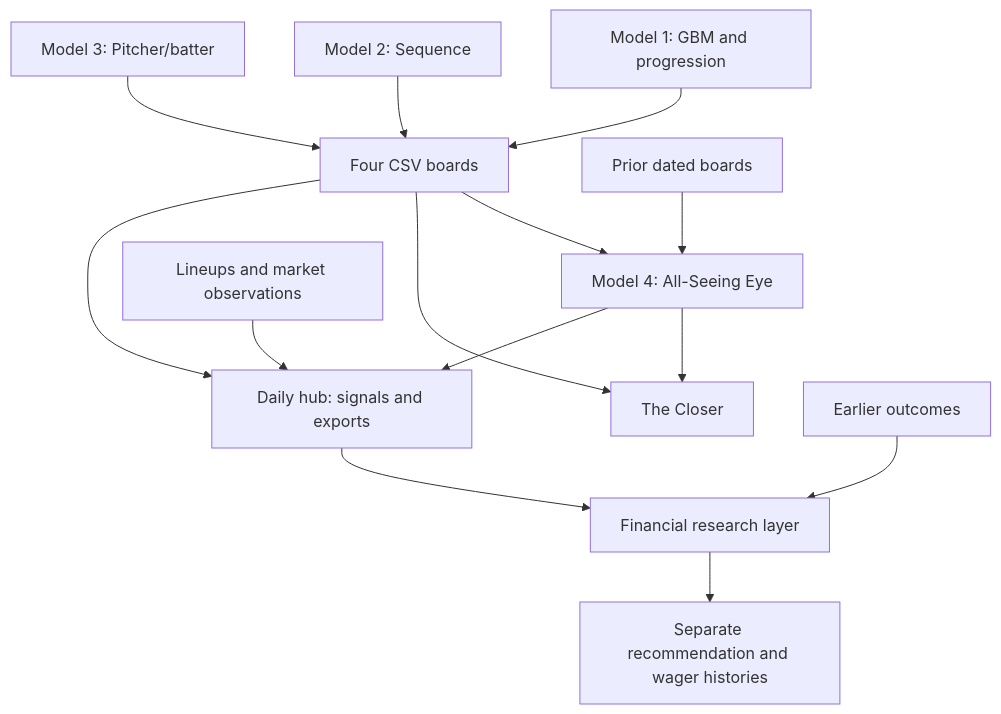
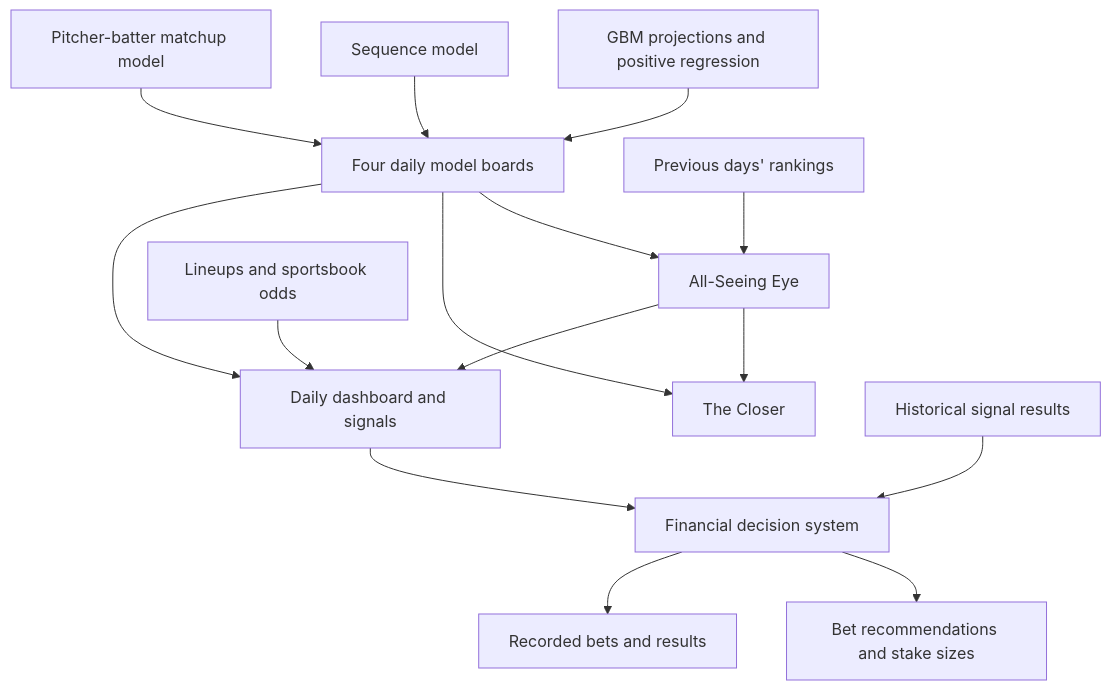
Before and after one commit to Fearson111/baseball-analytics-decision-support: the diagram in docs/model_overview.md, drawn with Mermaid. The commit also changed other lines of this file and 11 other files, not shown here.

Commit message:
Clarify model documentation and add financial results screenshots

````diff
--- a/docs/model_overview.md
+++ b/docs/model_overview.md
@@ -9,16 +14,17 @@
 ```mermaid
 flowchart TD
-    A[Model 1: GBM and progression] --> D[Four CSV boards]
-    B[Model 2: Sequence] --> D
-    C[Model 3: Pitcher/batter] --> D
-    D --> E[Model 4: All-Seeing Eye]
-    H[Prior dated boards] --> E
+    A[GBM projections and positive regression] --> D[Four daily model boards]
+    B[Sequence model] --> D
+    C[Pitcher-batter matchup model] --> D
+    D --> E[All-Seeing Eye]
+    H[Previous days' rankings] --> E
     E --> F[The Closer]
     D --> F
-    D --> G[Daily hub: signals and exports]
+    D --> G[Daily dashboard and signals]
     E --> G
-    M[Lineups and market observations] --> G
-    G --> I[Financial research layer]
-    J[Earlier outcomes] --> I
-    I --> K[Separate recommendation and wager histories]
+    M[Lineups and sportsbook odds] --> G
+    G --> I[Financial decision system]
+    J[Historical signal results] --> I
+    I --> K[Bet recommendations and stake sizes]
+    I --> L[Recorded bets and results]
 ```
````
